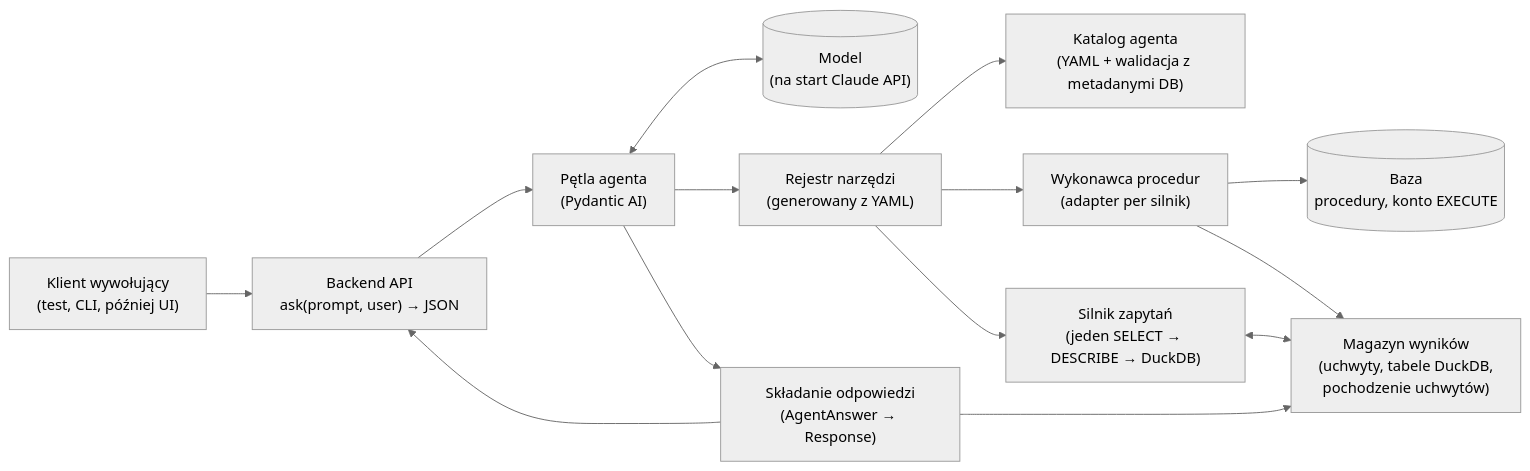
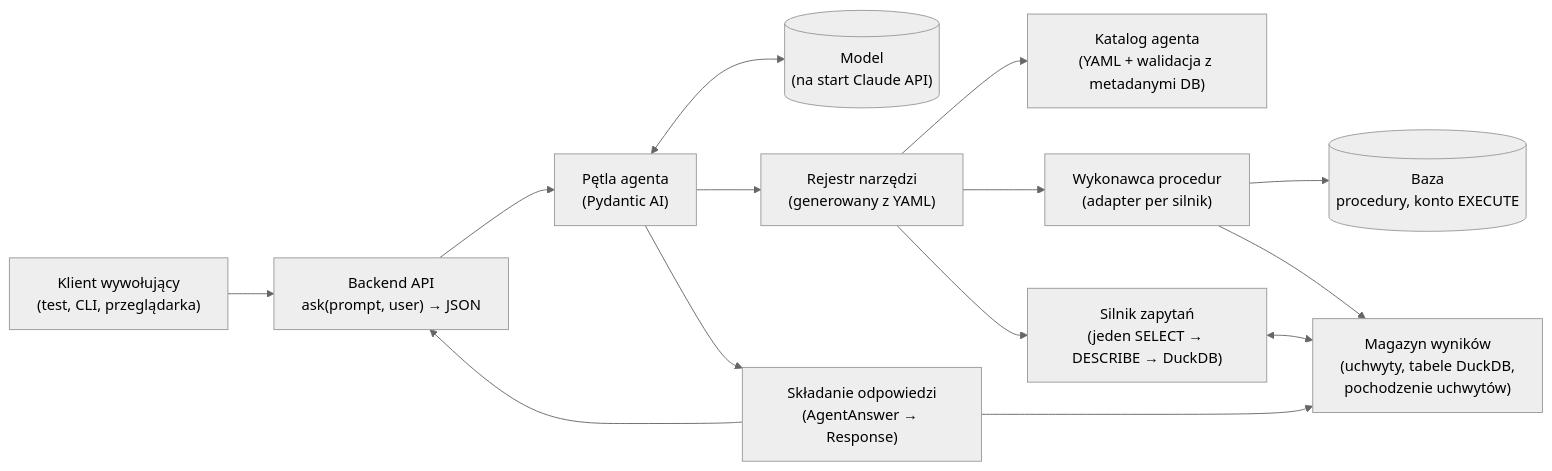
The first of 2 diagrams in docs/architecture/001-architektura-data-concierge.md (Pigula1984/data-concierge), drawn with Mermaid (neutral theme) before and after one commit. The commit also changed other lines of this file and 55 other files, not shown here.

````diff
--- a/docs/architecture/001-architektura-data-concierge.md
+++ b/docs/architecture/001-architektura-data-concierge.md
@@ -77,25 +78,25 @@
 ```mermaid
 flowchart LR
-    C["Klient wywołujący<br/>(test, CLI, później UI)"]
+    C["Klient wywołujący<br/>(test, CLI, przeglądarka)"]
     API["Backend API<br/>ask(prompt, user) → JSON"]
     LOOP["Pętla agenta<br/>(Pydantic AI)"]
     LLM[("Model<br/>(na start Claude API)")]
     REG["Rejestr narzędzi<br/>(generowany z YAML)"]
     CAT["Katalog agenta<br/>(YAML + walidacja z metadanymi DB)"]
     EXE["Wykonawca procedur<br/>(adapter per silnik)"]
     DB[("Baza<br/>procedury, konto EXECUTE")]
     RS["Magazyn wyników<br/>(uchwyty, tabele DuckDB,<br/>pochodzenie uchwytów)"]
     QE["Silnik zapytań<br/>(jeden SELECT → DESCRIBE → DuckDB)"]
     OUT["Składanie odpowiedzi<br/>(AgentAnswer → Response)"]
 
     C --> API --> LOOP
     LOOP <--> LLM
     LOOP --> REG
     REG --> CAT
     REG --> EXE --> DB
     EXE --> RS
     REG --> QE <--> RS
     LOOP --> OUT
     OUT --> RS
     OUT --> API
 ```
````
